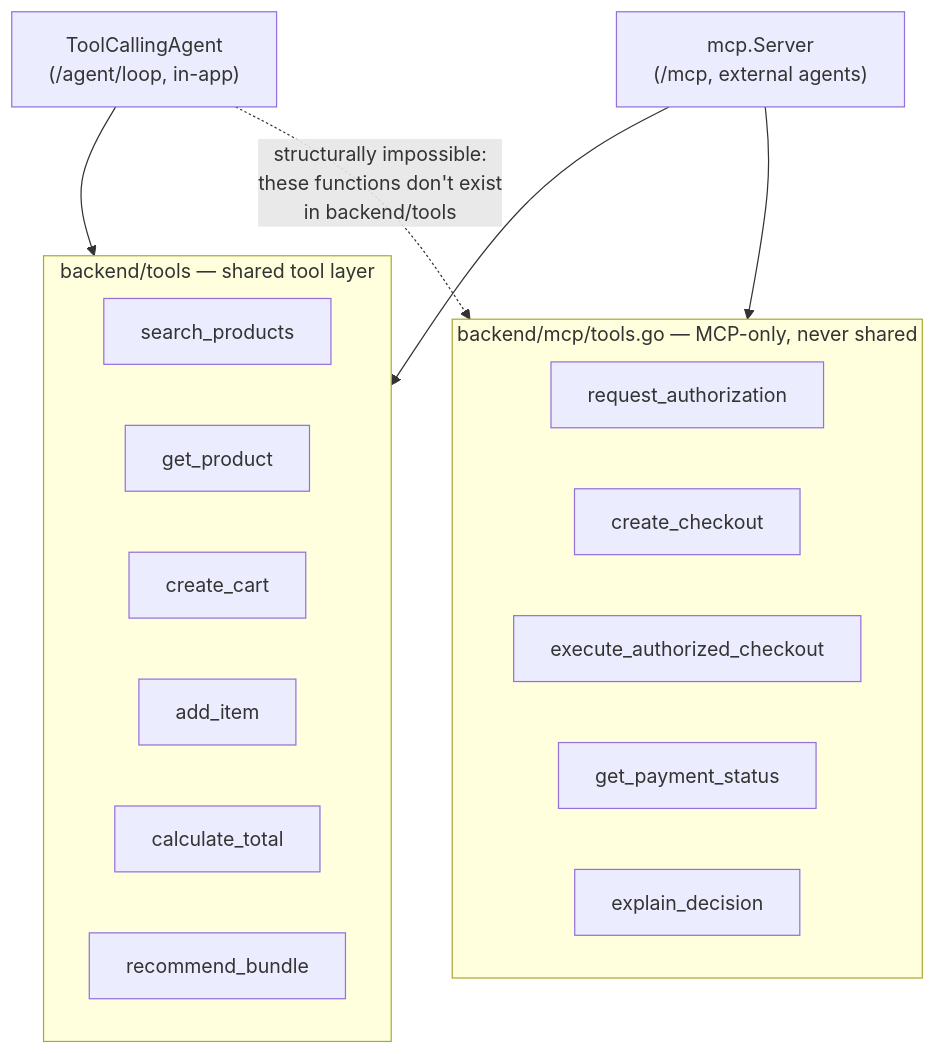
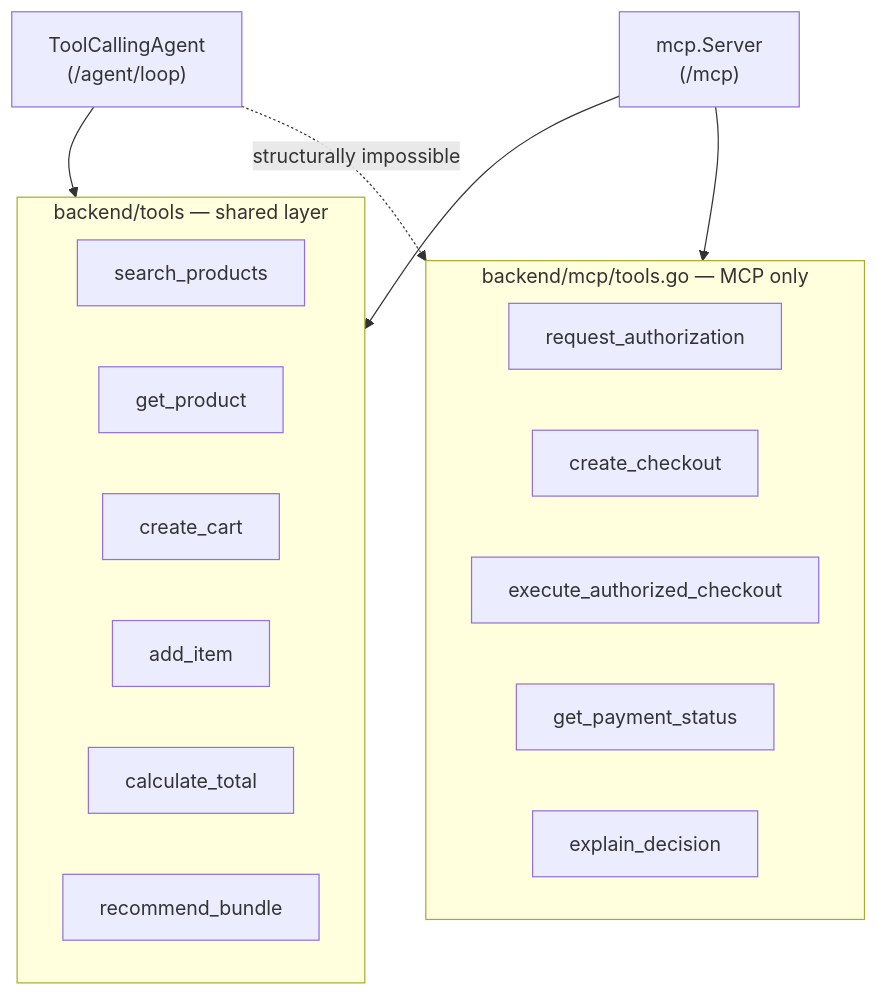
The fourth of 10 diagrams in files/ARCHITECTURE.md (GarineSaiAjay/commerceos), drawn with Mermaid before and after one commit. The commit also changed other lines of this file, not shown here.

First line of the commit message:
docs(files): fix distorted Mermaid rendering in ARCHITECTURE.md

````diff
--- a/files/ARCHITECTURE.md
+++ b/files/ARCHITECTURE.md
@@ -196,25 +207,25 @@
 ```mermaid
 flowchart TB
-    subgraph Shared["backend/tools — shared tool layer"]
+    subgraph Shared["backend/tools — shared layer"]
         T1[search_products]
         T2[get_product]
         T3[create_cart]
         T4[add_item]
         T5[calculate_total]
         T6[recommend_bundle]
     end
 
-    subgraph MCPOnly["backend/mcp/tools.go — MCP-only, never shared"]
+    subgraph MCPOnly["backend/mcp/tools.go — MCP only"]
         M1[request_authorization]
         M2[create_checkout]
         M3[execute_authorized_checkout]
         M4[get_payment_status]
         M5[explain_decision]
     end
 
-    Loop["ToolCallingAgent<br/>(/agent/loop, in-app)"] --> Shared
-    MCPServer["mcp.Server<br/>(/mcp, external agents)"] --> Shared
+    Loop["ToolCallingAgent<br/>(/agent/loop)"] --> Shared
+    MCPServer["mcp.Server<br/>(/mcp)"] --> Shared
     MCPServer --> MCPOnly
 
-    Loop -. "structurally impossible:<br/>these functions don't exist<br/>in backend/tools" .-> MCPOnly
+    Loop -. "structurally impossible" .-> MCPOnly
 ```
````
